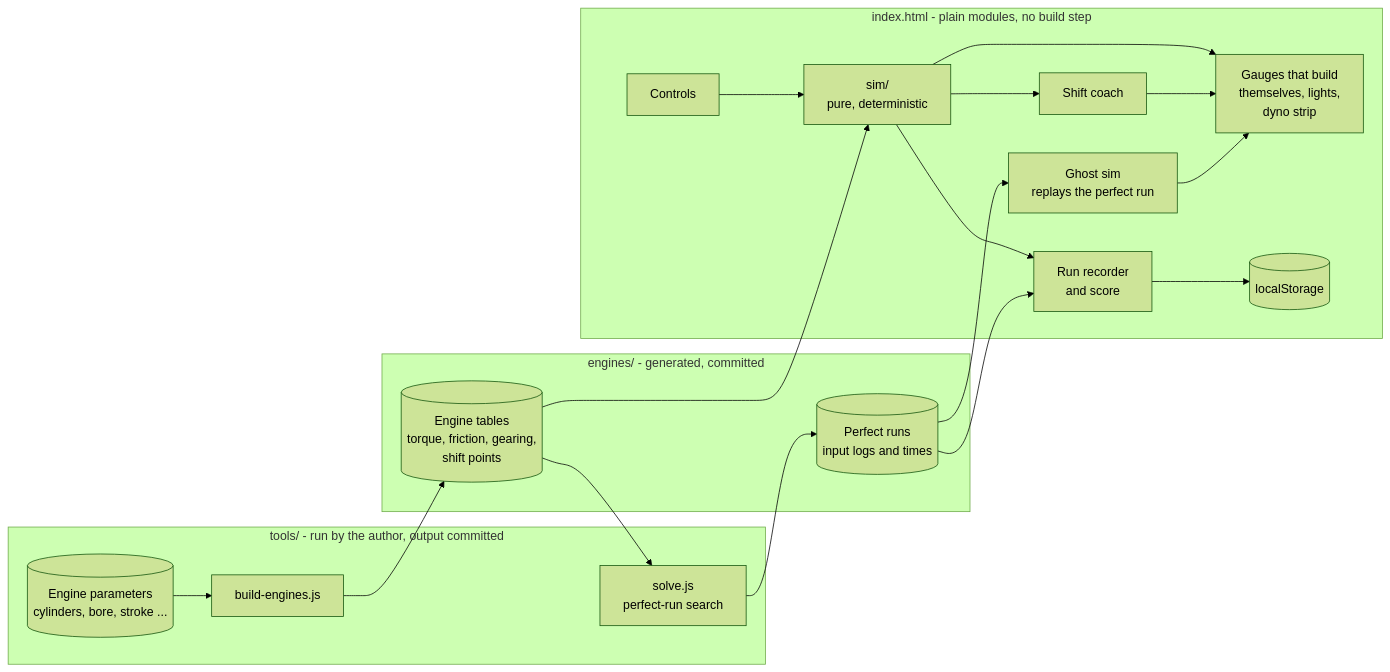
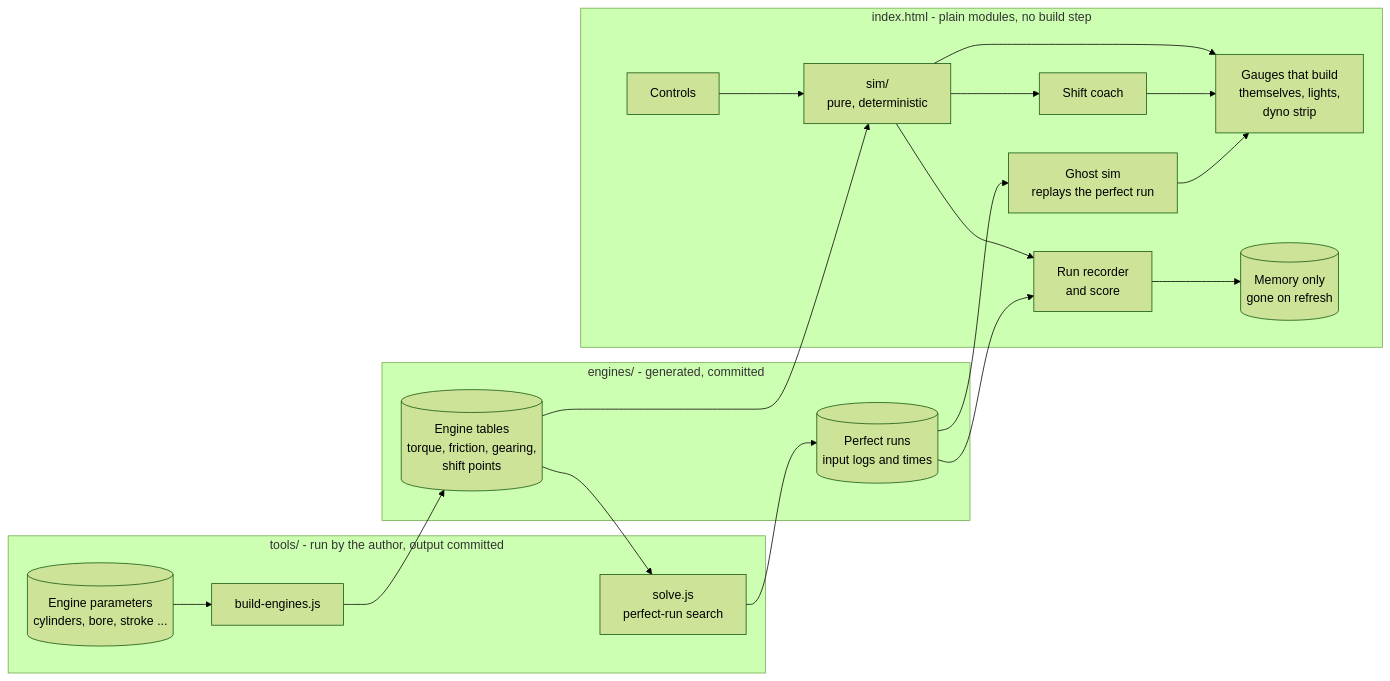
Before and after one commit to MoAbboud/PortFolio: the first of 6 diagrams in pedalsim/requirements/03-architecture.md, drawn with Mermaid (forest theme). The commit also changed other lines of this file and 6 other files, not shown here.

````diff
--- a/pedalsim/requirements/03-architecture.md
+++ b/pedalsim/requirements/03-architecture.md
@@ -12,35 +12,35 @@
 ```mermaid
 flowchart LR
     subgraph offline[tools/ - run by the author, output committed]
         PAR[(Engine parameters<br/>cylinders, bore, stroke ...)]
         GEN[build-engines.js]
         SOL[solve.js<br/>perfect-run search]
         PAR --> GEN
     end
 
     subgraph data[engines/ - generated, committed]
         TAB[(Engine tables<br/>torque, friction, gearing,<br/>shift points)]
         PERF[(Perfect runs<br/>input logs and times)]
     end
 
     subgraph page[index.html - plain modules, no build step]
         IN[Controls]
         SIM[sim/<br/>pure, deterministic]
         GHOST[Ghost sim<br/>replays the perfect run]
         COACH[Shift coach]
         UI[Gauges that build<br/>themselves, lights,<br/>dyno strip]
         SCORE[Run recorder<br/>and score]
-        LS[(localStorage)]
+        MEM[(Memory only<br/>gone on refresh)]
     end
 
     GEN --> TAB
     TAB --> SOL --> PERF
     TAB --> SIM
     PERF --> GHOST
     IN --> SIM --> UI
     SIM --> COACH --> UI
     GHOST --> UI
     SIM --> SCORE
     PERF --> SCORE
-    SCORE --> LS
+    SCORE --> MEM
 ```
````
